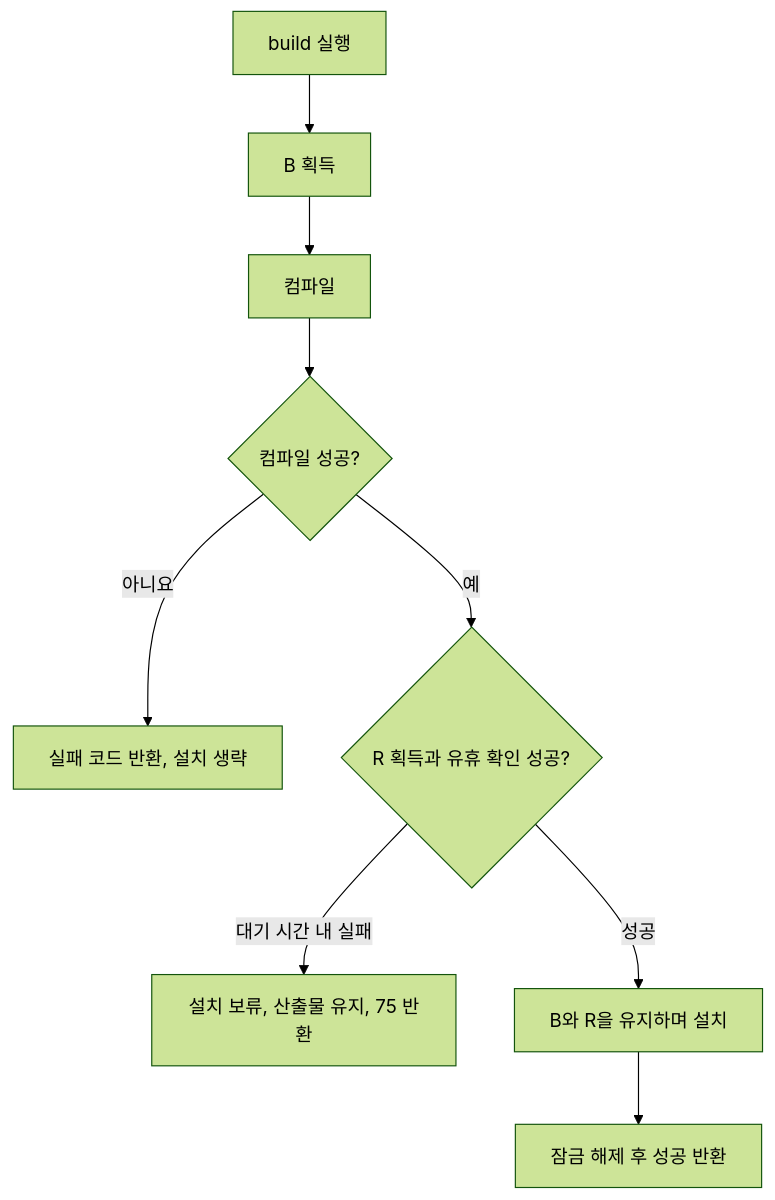
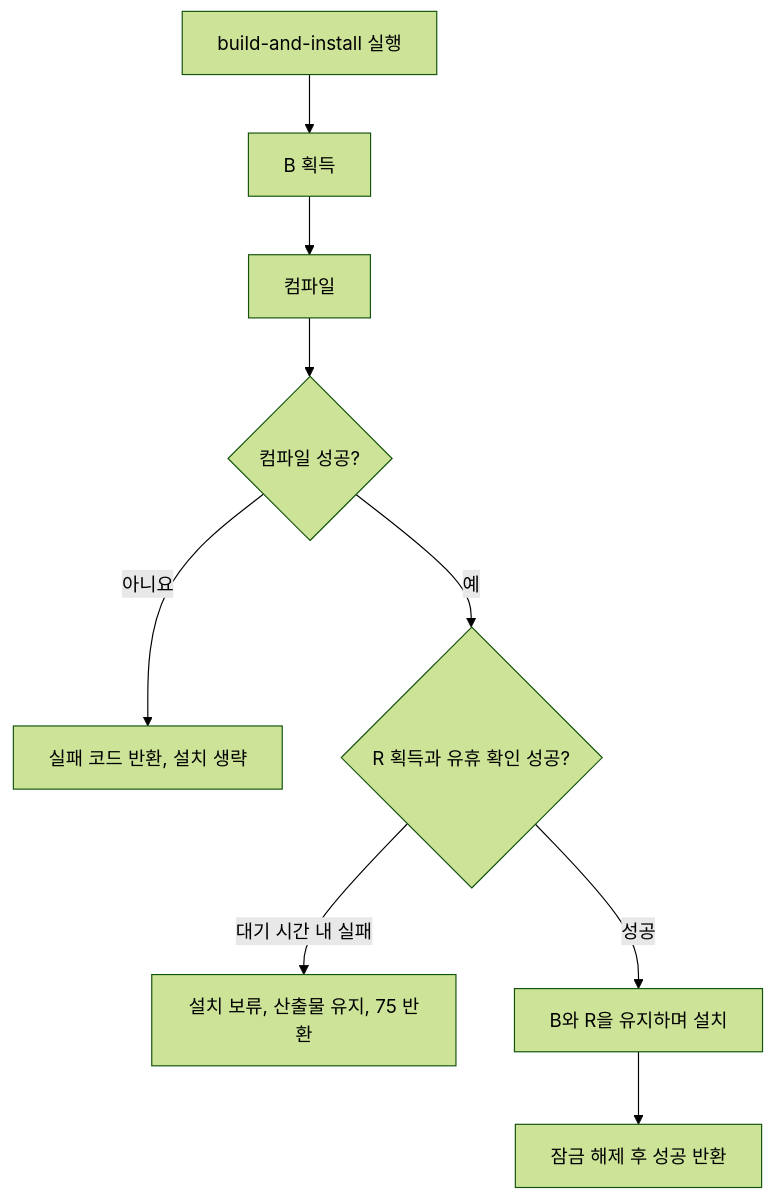
One commit to vimkim/cubrid-build-coordinator changed the diagram in docs/overview.ko.md. Above: the diagram before and after it, drawn with Mermaid (forest theme). The commit also changed other lines of this file and 11 other files, not shown here.

````diff
--- a/docs/overview.ko.md
+++ b/docs/overview.ko.md
@@ -129,11 +134,11 @@
 ```mermaid
 flowchart TD
-    Start["build 실행"] --> B["B 획득"]
+    Start["build-and-install 실행"] --> B["B 획득"]
     B --> Compile["컴파일"]
     Compile --> Result{"컴파일 성공?"}
     Result -->|아니요| Fail["실패 코드 반환, 설치 생략"]
     Result -->|예| Idle{"R 획득과 유휴 확인 성공?"}
     Idle -->|대기 시간 내 실패| Deferred["설치 보류, 산출물 유지, 75 반환"]
     Idle -->|성공| Install["B와 R을 유지하며 설치"]
     Install --> Done["잠금 해제 후 성공 반환"]
 ```
````
